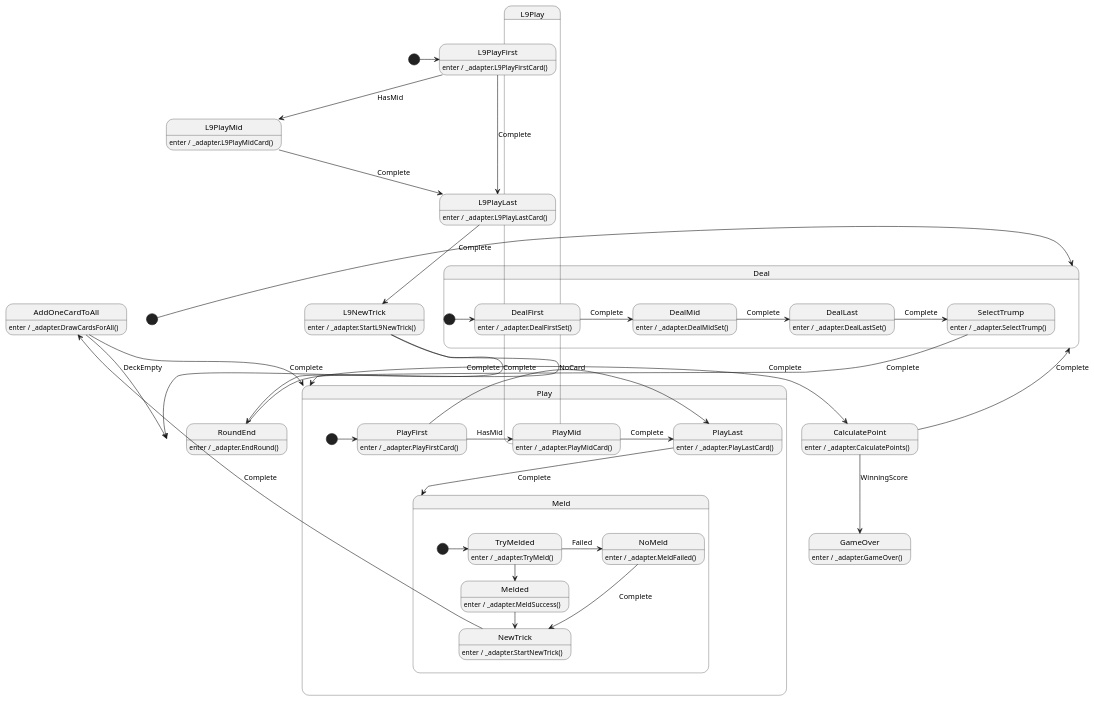
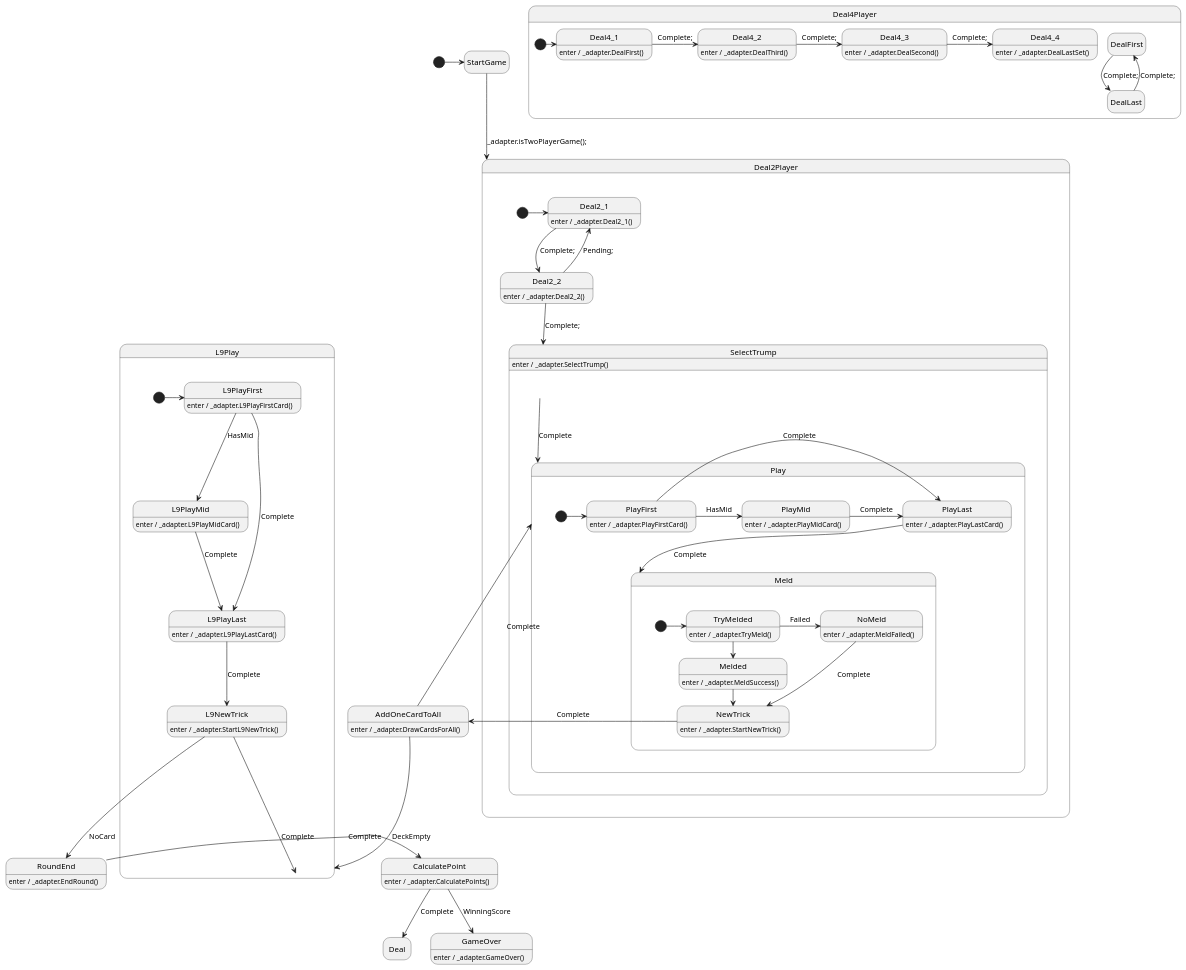
The diagram in BeziqueCore/Bezique.puml (shefat2002/BeziqueCore), drawn with PlantUML before and after one commit. The commit also changed 7 other files, not shown here.

```diff
--- a/BeziqueCore/Bezique.puml
+++ b/BeziqueCore/Bezique.puml
@@ -1,139 +1,135 @@
 @startuml Bezique
 
 /'! $CONFIG : toml
 SmRunnerSettings.transpilerId = "CSharp"
 
 [RenderConfig.CSharp]
 NameSpace = "BeziqueCore;"
+
 '/
 
 hide empty description
 skinparam stateMessageAlignment center
 
-' Game Flow:
-' 1. Deal Phase - Deal cards in 3 sets (3-3-3 for 2 players, 3-3-3 for 4 players)
-' 2. Select Trump - Flip the trump card
-' 3. Play Phase - Players play cards in tricks
-'    - 2 player: skip PlayMid
-'    - 4 player: PlayFirst -> PlayMid -> PlayLast
-' 4. Meld Phase - Winner can declare melds
-' 5. NewTrick - Clear played cards, winner leads
-' 6. AddOneCardToAll - Each player draws 1 card from deck
-' 7. Repeat Play/Meld/NewTrick/Draw until deck empty
-' 8. L9Play - Play last 9 cards (no drawing)
-' 9. RoundEnd - Calculate scores
-' 10. Check for winning score or start new round
-'
-' Events:
-' - Complete: State finished, move to next
-' - HasMid: 4 players, has middle player(s)
-' - Success: Meld declared successfully
-' - Failed: Meld failed or not declared
-' - DeckEmpty: No more cards to draw
-' - NoCard: Player has no more cards
-' - WinningScore: Player reached target score
+state StartGame
 
-[*] -> Deal
 
-state Deal {
-    [*] -> DealFirst
+state Deal2Player {
+    [*] -> Deal2_1
 
-    state DealFirst
-    state DealMid
-    state DealLast
 
-    DealFirst : enter / _adapter.DealFirstSet()
-    DealFirst -> DealMid : Complete
+    Deal2_1 -> Deal2_2 :  Complete;
+    Deal2_2 --> Deal2_1 : Pending;
+    Deal2_2 --> SelectTrump : Complete;
 
-    DealMid : enter / _adapter.DealMidSet()
-    DealMid -> DealLast : Complete
+    Deal2_1 : enter / _adapter.Deal2_1()
+    Deal2_2 : enter / _adapter.Deal2_2()
+}
+state Deal4Player {
+    [*] -> Deal4_1
 
-    DealLast : enter / _adapter.DealLastSet()
-    DealLast -> SelectTrump : Complete
+
+    Deal4_1 -> Deal4_2 : Complete;
+    Deal4_2 -> Deal4_3 : Complete;
+    Deal4_3 -> Deal4_4 : Complete;
+    
+    DealFirst -> DealLast : Complete;
+    DealLast --> DealFirst : Complete;
+
+    Deal4_1 : enter / _adapter.DealFirst()
+    Deal4_2 : enter / _adapter.DealThird()
+    Deal4_3 : enter / _adapter.DealSecond()
+    Deal4_4 : enter / _adapter.DealLastSet()
 }
 
-state SelectTrump
-SelectTrump : enter / _adapter.SelectTrump()
-SelectTrump --> Play : Complete
+[*] -> StartGame
+StartGame --> Deal2Player : _adapter.isTwoPlayerGame();
+
+
+state SelectTrump{
+    SelectTrump : enter / _adapter.SelectTrump()
+    
+    SelectTrump --> Play : Complete
+}
 
 state Play {
     [*] -> PlayFirst
 
     state PlayFirst
     state PlayMid
     state PlayLast
 
     PlayFirst : enter / _adapter.PlayFirstCard()
     PlayFirst -> PlayMid : HasMid
     PlayFirst -> PlayLast : Complete
 
     PlayMid : enter / _adapter.PlayMidCard()
     PlayMid -> PlayLast : Complete
 
     PlayLast : enter / _adapter.PlayLastCard()
     PlayLast --> Meld : Complete
 }
 
 state Meld {
     [*] -> TryMelded
 
     state TryMelded
     state Melded
     state NoMeld
 
     TryMelded : enter / _adapter.TryMeld()
     TryMelded -> Melded : Success
     TryMelded -> NoMeld : Failed
 
     Melded : enter / _adapter.MeldSuccess()
     Melded -> NewTrick : Complete
 
     NoMeld : enter / _adapter.MeldFailed()
     NoMeld --> NewTrick : Complete
 }
 
 state NewTrick
 NewTrick : enter / _adapter.StartNewTrick()
 NewTrick -> AddOneCardToAll : Complete
 
 state AddOneCardToAll
 AddOneCardToAll : enter / _adapter.DrawCardsForAll()
 AddOneCardToAll --> Play : Complete
 AddOneCardToAll --> L9Play : DeckEmpty
 
 state L9Play {
     [*] -> L9PlayFirst
 
     state L9PlayFirst
     state L9PlayMid
     state L9PlayLast
 
     L9PlayFirst : enter / _adapter.L9PlayFirstCard()
     L9PlayFirst --> L9PlayMid : HasMid
     L9PlayFirst --> L9PlayLast : Complete
 
     L9PlayMid : enter / _adapter.L9PlayMidCard()
     L9PlayMid --> L9PlayLast : Complete
 
     L9PlayLast : enter / _adapter.L9PlayLastCard()
     L9PlayLast --> L9NewTrick : Complete
 }
 
 state L9NewTrick
 L9NewTrick : enter / _adapter.StartL9NewTrick()
 L9NewTrick --> L9Play : Complete
 L9NewTrick --> RoundEnd : NoCard
 
 state RoundEnd
 RoundEnd : enter / _adapter.EndRound()
 RoundEnd -> CalculatePoint : Complete
 
 state CalculatePoint
 CalculatePoint : enter / _adapter.CalculatePoints()
 CalculatePoint --> Deal : Complete
 CalculatePoint --> GameOver : WinningScore
 
 state GameOver
 GameOver : enter / _adapter.GameOver()
 
 @enduml
```
